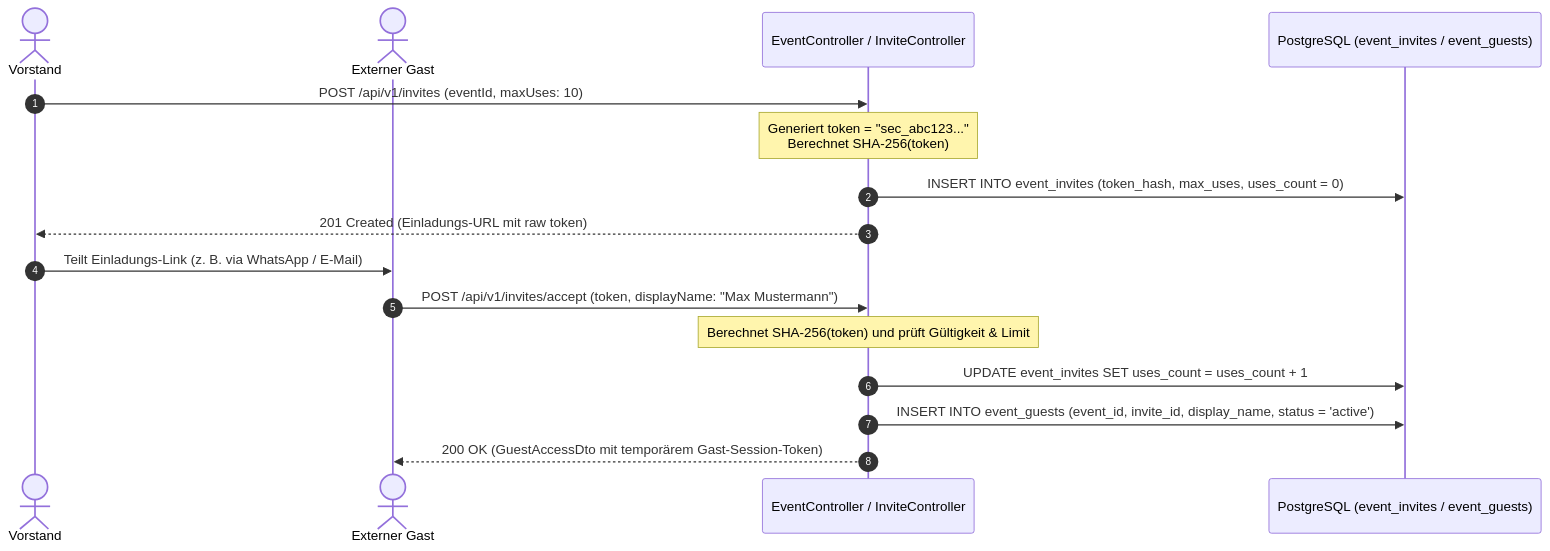
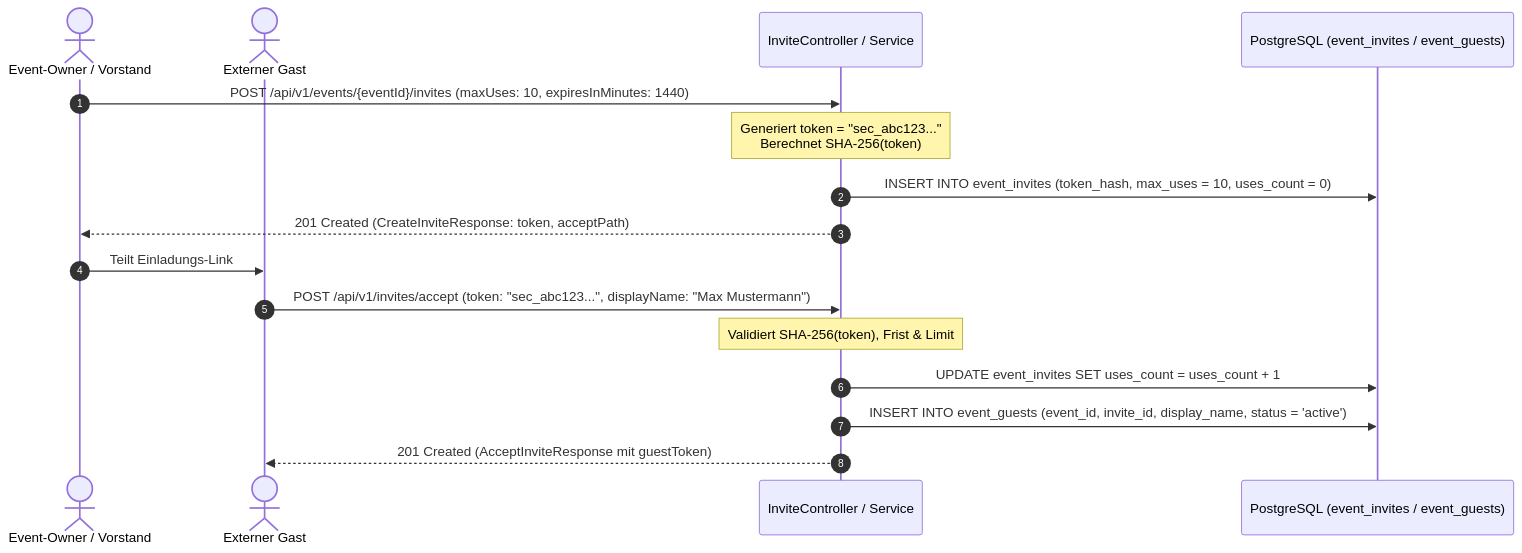
One commit to damaurer/vereint changed the second of 2 diagrams in docs/domains/events-and-invites.md. Above: the diagram before and after it, drawn with Mermaid. The commit also changed other lines of this file and 11 other files, not shown here.

Commit message:
Update documentation for drinks, events, users, ledger, and architecture domains with enhanced data model details and API specifications

````diff
--- a/docs/domains/events-and-invites.md
+++ b/docs/domains/events-and-invites.md
@@ -107,20 +114,20 @@
 ```mermaid
 sequenceDiagram
     autonumber
-    actor Board as Vorstand
+    actor Board as Event-Owner / Vorstand
     actor Guest as Externer Gast
-    participant Spring as EventController / InviteController
+    participant Spring as InviteController / Service
     participant DB as PostgreSQL (event_invites / event_guests)
 
-    Board->>Spring: POST /api/v1/invites (eventId, maxUses: 10)
+    Board->>Spring: POST /api/v1/events/{eventId}/invites (maxUses: 10, expiresInMinutes: 1440)
     Note over Spring: Generiert token = "sec_abc123..."<br/>Berechnet SHA-256(token)
-    Spring->>DB: INSERT INTO event_invites (token_hash, max_uses, uses_count = 0)
-    Spring-->>Board: 201 Created (Einladungs-URL mit raw token)
+    Spring->>DB: INSERT INTO event_invites (token_hash, max_uses = 10, uses_count = 0)
+    Spring-->>Board: 201 Created (CreateInviteResponse: token, acceptPath)
 
-    Board->>Guest: Teilt Einladungs-Link (z. B. via WhatsApp / E-Mail)
-    Guest->>Spring: POST /api/v1/invites/accept (token, displayName: "Max Mustermann")
-    Note over Spring: Berechnet SHA-256(token) und prüft Gültigkeit & Limit
+    Board->>Guest: Teilt Einladungs-Link
+    Guest->>Spring: POST /api/v1/invites/accept (token: "sec_abc123...", displayName: "Max Mustermann")
+    Note over Spring: Validiert SHA-256(token), Frist & Limit
     Spring->>DB: UPDATE event_invites SET uses_count = uses_count + 1
     Spring->>DB: INSERT INTO event_guests (event_id, invite_id, display_name, status = 'active')
-    Spring-->>Guest: 200 OK (GuestAccessDto mit temporärem Gast-Session-Token)
+    Spring-->>Guest: 201 Created (AcceptInviteResponse mit guestToken)
 ```
````
